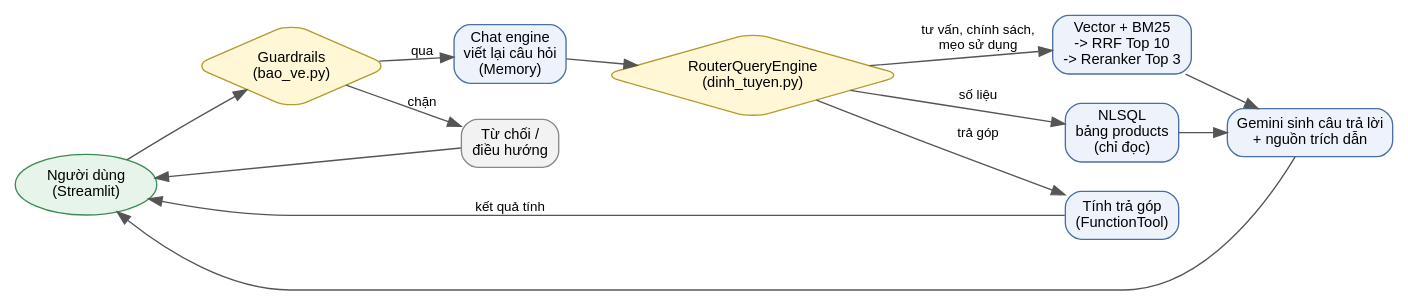
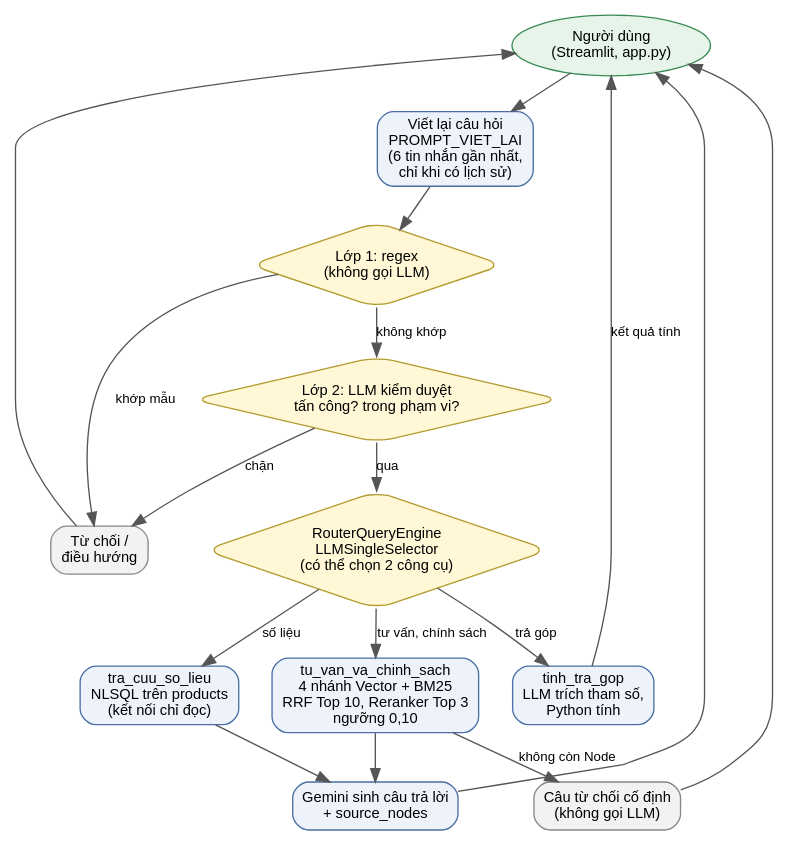
Before and after one commit to npone25/LlamaIndex_RAG_Tech: the diagram in hinh/hinh_3_2_luong_truy_van.dot, drawn with Graphviz. The commit also changed 133 other files, not shown here.

Commit message:
Thêm ứng dụng Streamlit, kiểm thử pytest, CI, README, hands-on lab; exp_94 lấy ngữ cảnh kèm metadata; commit log thí nghiệm

```diff
--- a/hinh/hinh_3_2_luong_truy_van.dot
+++ b/hinh/hinh_3_2_luong_truy_van.dot
@@ -1,23 +1,27 @@
 digraph G {
-  rankdir=LR; nodesep=0.3; ranksep=0.35;
+  rankdir=TB; nodesep=0.35; ranksep=0.35;
   node [shape=box, style="rounded,filled", fillcolor="#eef3fb", color="#4a6fa5", fontname="Liberation Sans", fontsize=11];
   edge [color="#555555", fontname="Liberation Sans", fontsize=10];
-  user [label="Người dùng\n(Streamlit)", shape=ellipse, fillcolor="#e6f4ea", color="#3b8b55"];
-  guard [label="Guardrails\n(bao_ve.py)", shape=diamond, fillcolor="#fff7d6", color="#b39b2d"];
+  user [label="Người dùng\n(Streamlit, app.py)", shape=ellipse, fillcolor="#e6f4ea", color="#3b8b55"];
+  vl [label="Viết lại câu hỏi\nPROMPT_VIET_LAI\n(6 tin nhắn gần nhất,\nchỉ khi có lịch sử)"];
+  rg [label="Lớp 1: regex\n(không gọi LLM)", shape=diamond, fillcolor="#fff7d6", color="#b39b2d"];
+  lg [label="Lớp 2: LLM kiểm duyệt\ntấn công? trong phạm vi?", shape=diamond, fillcolor="#fff7d6", color="#b39b2d"];
   refuse [label="Từ chối /\nđiều hướng", fillcolor="#f2f2f2", color="#888888"];
-  chat [label="Chat engine\nviết lại câu hỏi\n(Memory)"];
-  router [label="RouterQueryEngine\n(dinh_tuyen.py)", shape=diamond, fillcolor="#fff7d6", color="#b39b2d"];
-  sql [label="NLSQL\nbảng products\n(chỉ đọc)"];
-  rag [label="Vector + BM25\n-> RRF Top 10\n-> Reranker Top 3"];
-  gop [label="Tính trả góp\n(FunctionTool)"];
-  llm [label="Gemini sinh câu trả lời\n+ nguồn trích dẫn"];
-  user -> guard;
-  guard -> refuse [label="chặn"];
-  guard -> chat [label="qua"];
-  chat -> router;
+  router [label="RouterQueryEngine\nLLMSingleSelector\n(có thể chọn 2 công cụ)", shape=diamond, fillcolor="#fff7d6", color="#b39b2d"];
+  sql [label="tra_cuu_so_lieu\nNLSQL trên products\n(kết nối chỉ đọc)"];
+  rag [label="tu_van_va_chinh_sach\n4 nhánh Vector + BM25\nRRF Top 10, Reranker Top 3\nngưỡng 0,10"];
+  gop [label="tinh_tra_gop\nLLM trích tham số,\nPython tính"];
+  llm [label="Gemini sinh câu trả lời\n+ source_nodes"];
+  tc [label="Câu từ chối cố định\n(không gọi LLM)", fillcolor="#f2f2f2", color="#888888"];
+  user -> vl -> rg;
+  rg -> refuse [label="khớp mẫu"];
+  rg -> lg [label="không khớp"];
+  lg -> refuse [label="chặn"];
+  lg -> router [label="qua"];
   router -> sql [label="số liệu"];
-  router -> rag [label="tư vấn, chính sách,\nmẹo sử dụng"];
+  router -> rag [label="tư vấn, chính sách"];
   router -> gop [label="trả góp"];
+  rag -> tc [label="không còn Node"];
   sql -> llm; rag -> llm; gop -> user [label="kết quả tính"];
-  llm -> user; refuse -> user;
+  llm -> user; refuse -> user; tc -> user;
 }
```
